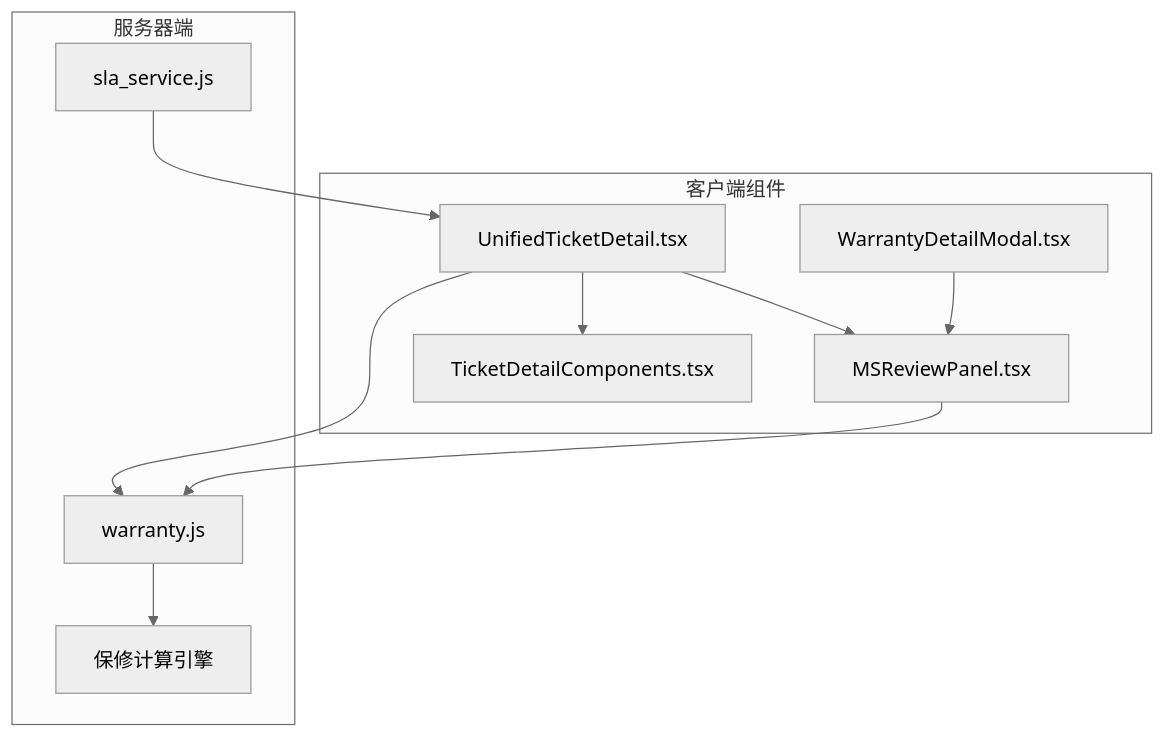
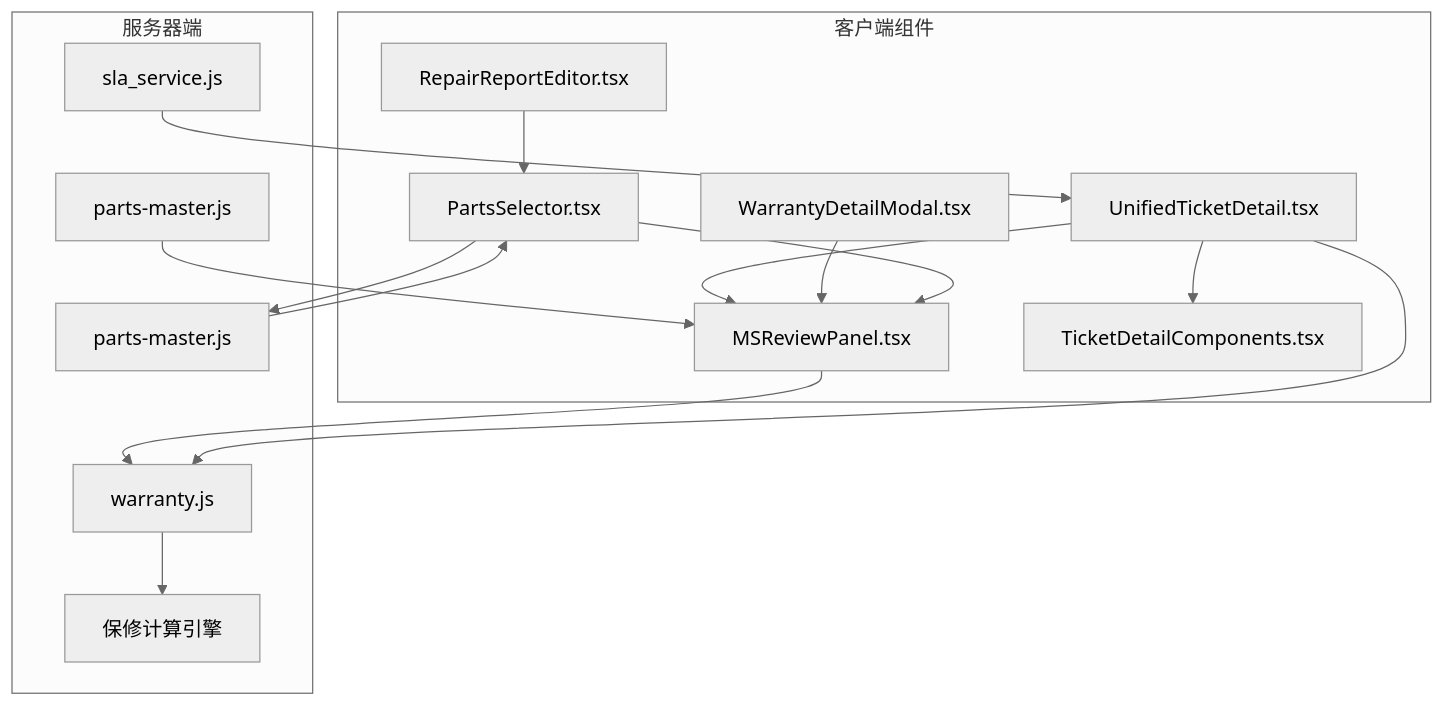
Before and after one commit to CubeEdge/Longhorn: the first of 9 diagrams in .qoder/repowiki/zh/content/前端组件架构/服务工作流增强/MSReviewPanel 评审面板.md, drawn with Mermaid (neutral theme). The commit also changed other lines of this file and 28 other files, not shown here.

````diff
--- a/.qoder/repowiki/zh/content/前端组件架构/服务工作流增强/MSReviewPanel 评审面板.md
+++ b/.qoder/repowiki/zh/content/前端组件架构/服务工作流增强/MSReviewPanel 评审面板.md
@@ -33,14 +46,19 @@
 ```mermaid
 graph TB
 subgraph "客户端组件"
 A[UnifiedTicketDetail.tsx] --> B[MSReviewPanel.tsx]
 A --> C[TicketDetailComponents.tsx]
 D[WarrantyDetailModal.tsx] --> B
+E[PartsSelector.tsx] --> B
+F[RepairReportEditor.tsx] --> E
 end
 subgraph "服务器端"
-E[warranty.js] --> F[保修计算引擎]
-G[sla_service.js] --> A
+G[warranty.js] --> H[保修计算引擎]
+I[sla_service.js] --> A
+J[parts-master.js] --> E
+K[parts-master.js] --> B
 end
-B --> E
-A --> E
+B --> G
+A --> G
+E --> J
 ```
````
